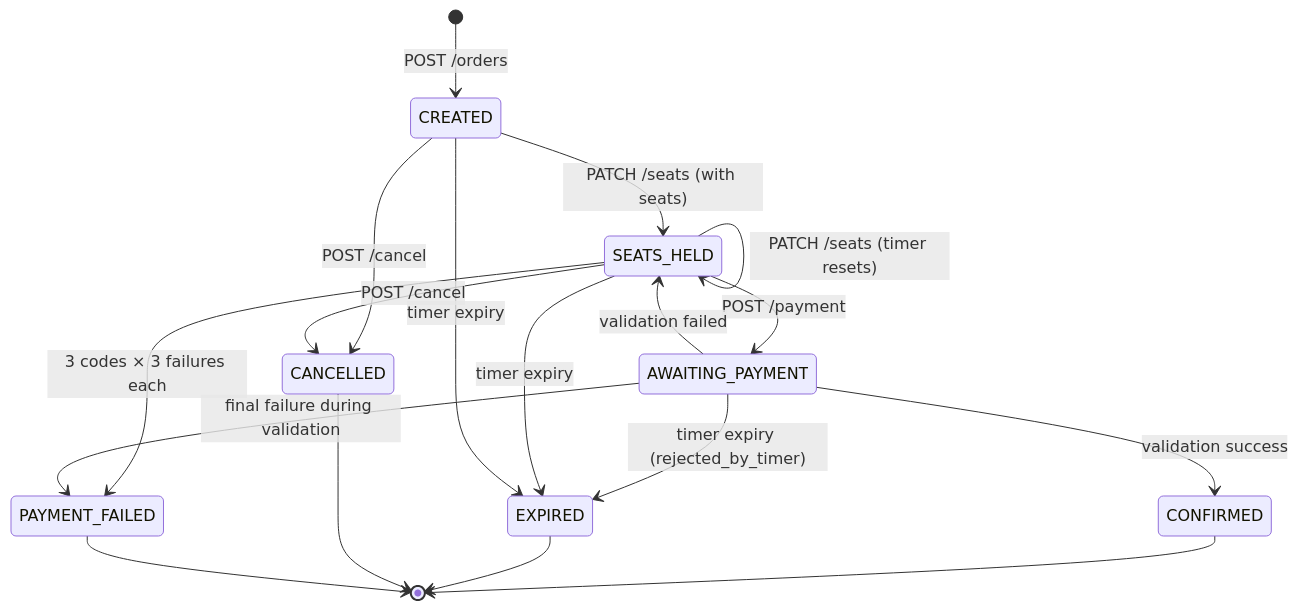
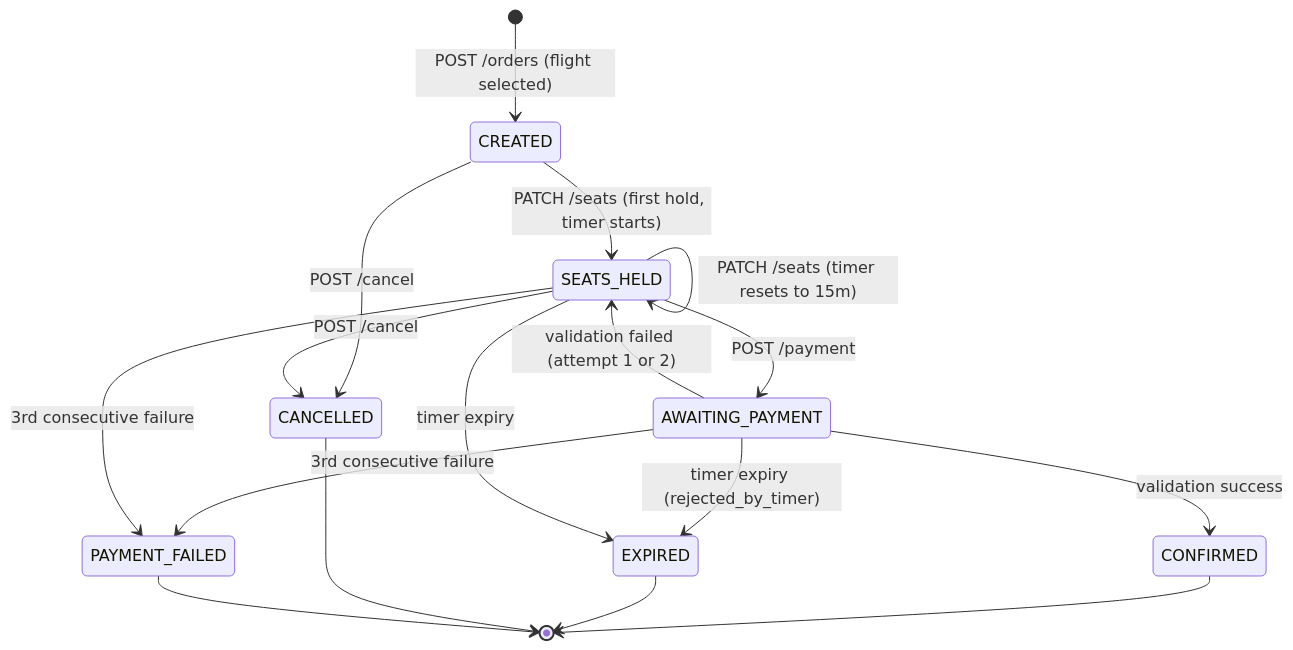
Before and after one commit to YanShlain/surfai: the second of 7 diagrams in docs/design_overview.md, drawn with Mermaid. The commit also changed other lines of this file and 14 other files, not shown here.

First line of the commit message:
Simplify booking flow: timer on seat hold, 3 payment retries.

````diff
--- a/docs/design_overview.md
+++ b/docs/design_overview.md
@@ -85,20 +84,19 @@
 ```mermaid
 stateDiagram-v2
-  [*] --> CREATED: POST /orders
-  CREATED --> SEATS_HELD: PATCH /seats (with seats)
-  SEATS_HELD --> SEATS_HELD: PATCH /seats (timer resets)
+  [*] --> CREATED: POST /orders (flight selected)
+  CREATED --> SEATS_HELD: PATCH /seats (first hold, timer starts)
+  SEATS_HELD --> SEATS_HELD: PATCH /seats (timer resets to 15m)
   SEATS_HELD --> AWAITING_PAYMENT: POST /payment
-  AWAITING_PAYMENT --> SEATS_HELD: validation failed
+  AWAITING_PAYMENT --> SEATS_HELD: validation failed (attempt 1 or 2)
   AWAITING_PAYMENT --> CONFIRMED: validation success
   AWAITING_PAYMENT --> EXPIRED: timer expiry (rejected_by_timer)
+  AWAITING_PAYMENT --> PAYMENT_FAILED: 3rd consecutive failure
   SEATS_HELD --> EXPIRED: timer expiry
-  CREATED --> EXPIRED: timer expiry
-  SEATS_HELD --> PAYMENT_FAILED: 3 codes × 3 failures each
-  AWAITING_PAYMENT --> PAYMENT_FAILED: final failure during validation
+  SEATS_HELD --> PAYMENT_FAILED: 3rd consecutive failure
   CREATED --> CANCELLED: POST /cancel
   SEATS_HELD --> CANCELLED: POST /cancel
   CONFIRMED --> [*]
   EXPIRED --> [*]
   CANCELLED --> [*]
   PAYMENT_FAILED --> [*]
 ```
````
